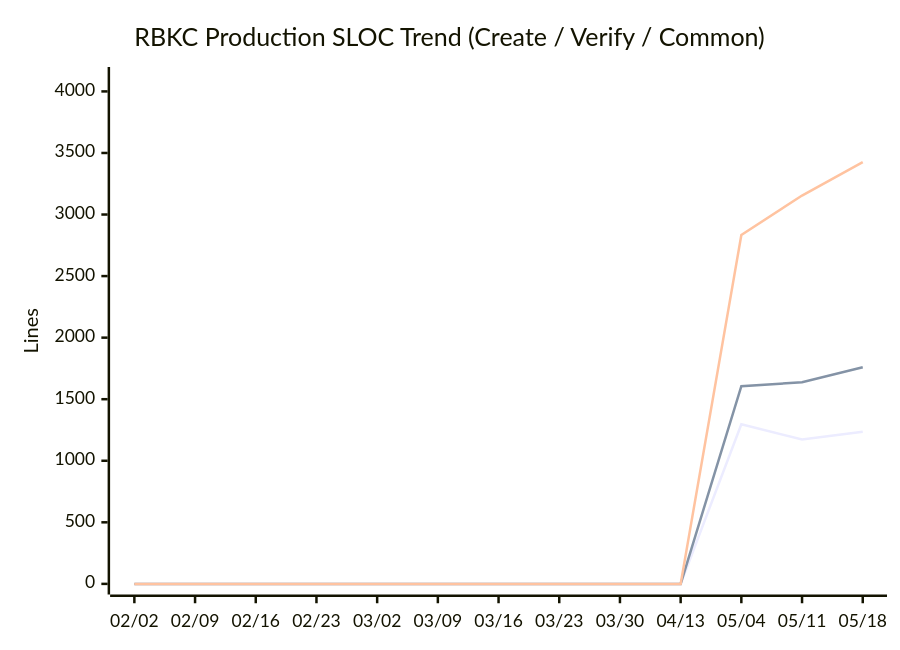
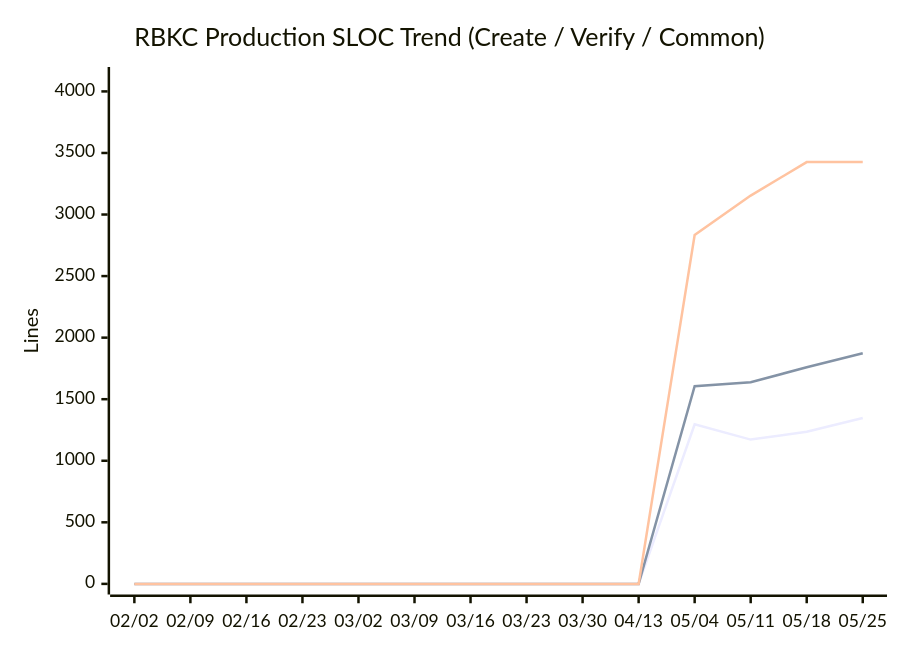
Diagram 11 of 14 in docs/metrics.md (nablarch/nabledge-dev), drawn with Mermaid before and after one commit. The commit also changed other lines of this file and 2 other files, not shown here.

````diff
--- a/docs/metrics.md
+++ b/docs/metrics.md
@@ -146,9 +146,9 @@
 ```mermaid
 xychart-beta
   title "RBKC Production SLOC Trend (Create / Verify / Common)"
-  x-axis ["02/02", "02/09", "02/16", "02/23", "03/02", "03/09", "03/16", "03/23", "03/30", "04/13", "05/04", "05/11", "05/18"]
+  x-axis ["02/02", "02/09", "02/16", "02/23", "03/02", "03/09", "03/16", "03/23", "03/30", "04/13", "05/04", "05/11", "05/18", "05/25"]
   y-axis "Lines" 0 --> 4112
-  line [0, 0, 0, 0, 0, 0, 0, 0, 0, 0, 1296, 1172, 1236]
-  line [0, 0, 0, 0, 0, 0, 0, 0, 0, 0, 1606, 1638, 1759]
-  line [0, 0, 0, 0, 0, 0, 0, 0, 0, 0, 2834, 3154, 3426]
+  line [0, 0, 0, 0, 0, 0, 0, 0, 0, 0, 1296, 1172, 1236, 1348]
+  line [0, 0, 0, 0, 0, 0, 0, 0, 0, 0, 1606, 1638, 1759, 1873]
+  line [0, 0, 0, 0, 0, 0, 0, 0, 0, 0, 2834, 3154, 3426, 3426]
 ```
````
